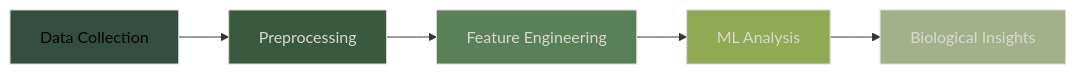
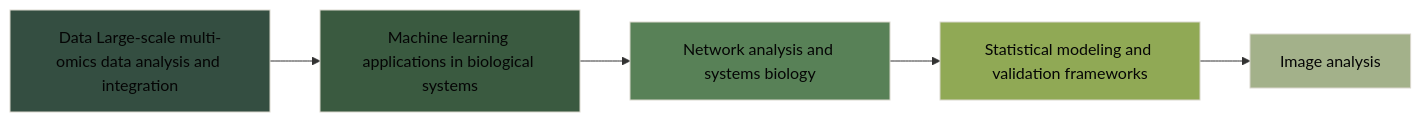
The diagram in README.md (shoaibms/shoaibms), drawn with Mermaid before and after one commit. The commit also changed other lines of this file, not shown here.

````diff
--- a/README.md
+++ b/README.md
@@ -90,12 +90,12 @@
 ```mermaid
 graph LR
-    A[Data Collection] --> B[Preprocessing]
-    B --> C[Feature Engineering]
-    C --> D[ML Analysis]
-    D --> E[Biological Insights]
+    A[Data Large-scale multi-omics data analysis and integration] --> B[Machine learning applications in biological systems]
+    B --> C[Network analysis and systems biology]
+    C --> D[Statistical modeling and validation frameworks]
+    D --> E[Image analysis]
     style A fill:#344e41,stroke:#dad7cd,color:#050505
-    style B fill:#3a5a40,stroke:#dad7cd,color:#dad7cd
-    style C fill:#588157,stroke:#dad7cd,color:#dad7cd
-    style D fill:#90a955,stroke:#dad7cd,color:#dad7cd
-    style E fill:#a3b18a,stroke:#dad7cd,color:#dad7cd
+    style B fill:#3a5a40,stroke:#dad7cd,color:#050505
+    style C fill:#588157,stroke:#dad7cd,color:#050505
+    style D fill:#90a955,stroke:#dad7cd,color:#050505
+    style E fill:#a3b18a,stroke:#dad7cd,color:#050505
 ```
````
